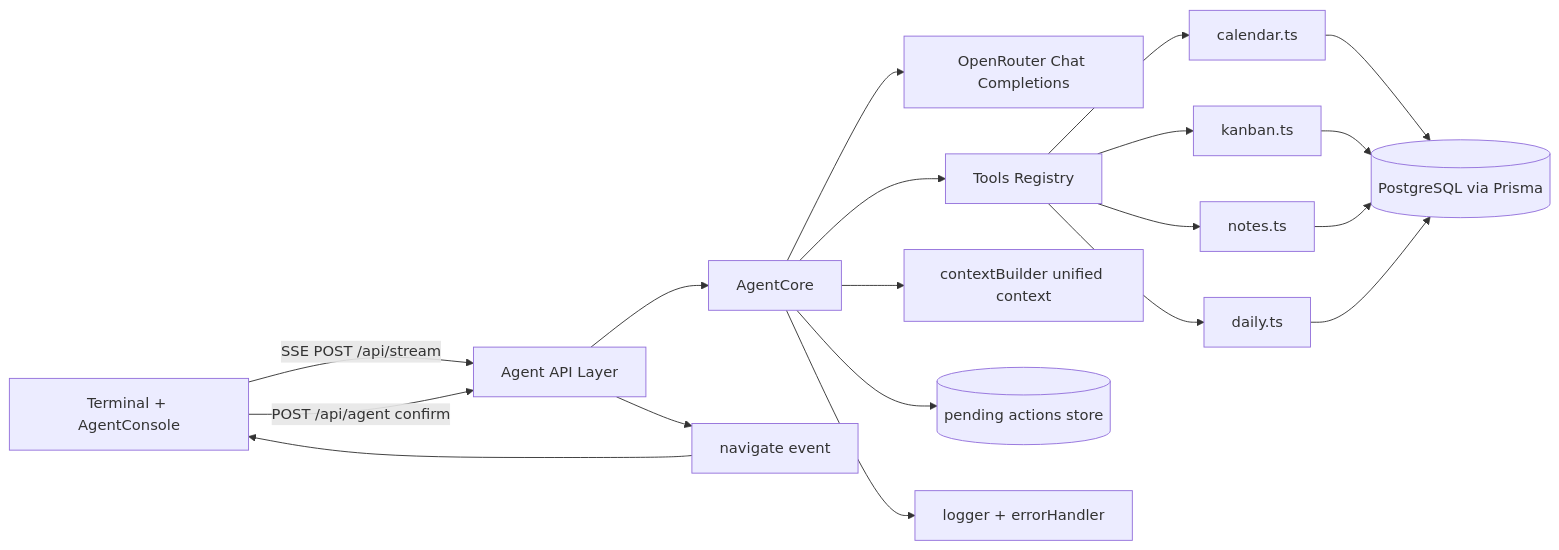
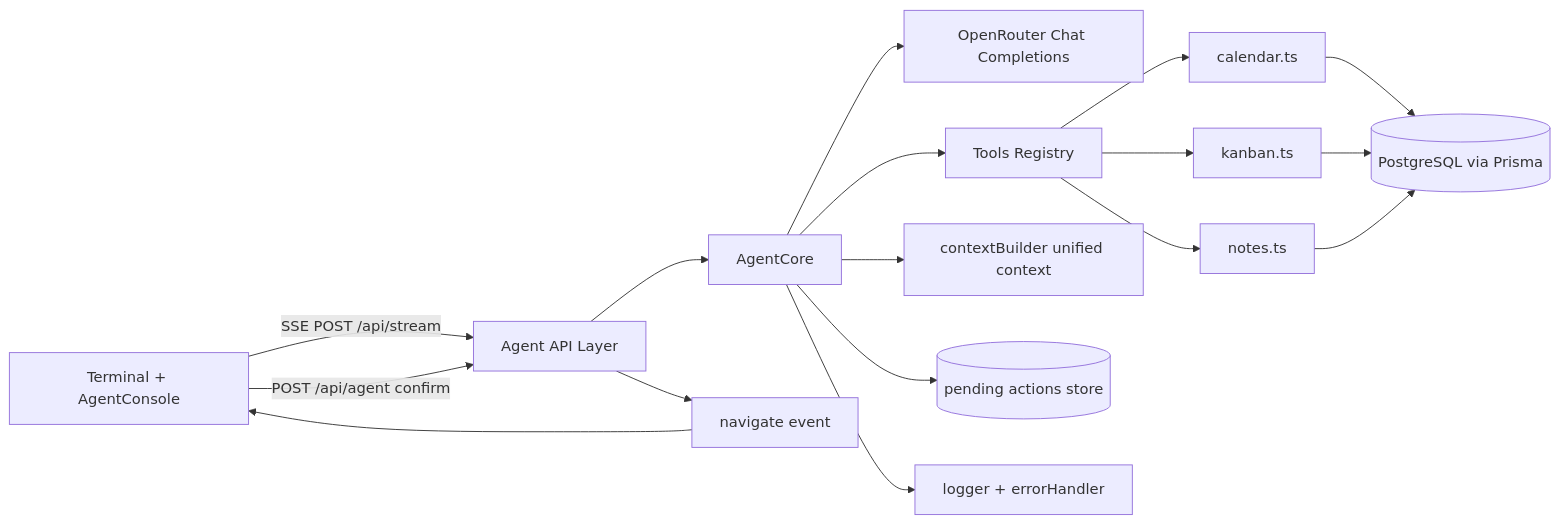
One commit to bitplain/plainwarden changed the diagram in docs/agent-architecture-v3.md. Above: the diagram before and after it, drawn with Mermaid. The commit also changed other lines of this file and 35 other files, not shown here.

````diff
--- a/docs/agent-architecture-v3.md
+++ b/docs/agent-architecture-v3.md
@@ -12,25 +12,23 @@
 ```mermaid
 flowchart LR
   UI[Terminal + AgentConsole] -->|SSE POST /api/stream| AG[Agent API Layer]
   UI -->|POST /api/agent confirm| AG
   AG --> CORE[AgentCore]
   CORE --> OR[OpenRouter Chat Completions]
   CORE --> TOOLS[Tools Registry]
 
   TOOLS --> CAL[calendar.ts]
   TOOLS --> KAN[kanban.ts]
   TOOLS --> NOTE[notes.ts]
-  TOOLS --> DAI[daily.ts]
 
   CAL --> DB[(PostgreSQL via Prisma)]
   KAN --> DB
   NOTE --> DB
-  DAI --> DB
 
   CORE --> CTX[contextBuilder unified context]
   CORE --> ACT[(pending actions store)]
   CORE --> LOG[logger + errorHandler]
 
   AG --> NAV[navigate event]
   NAV --> UI
 ```
````
